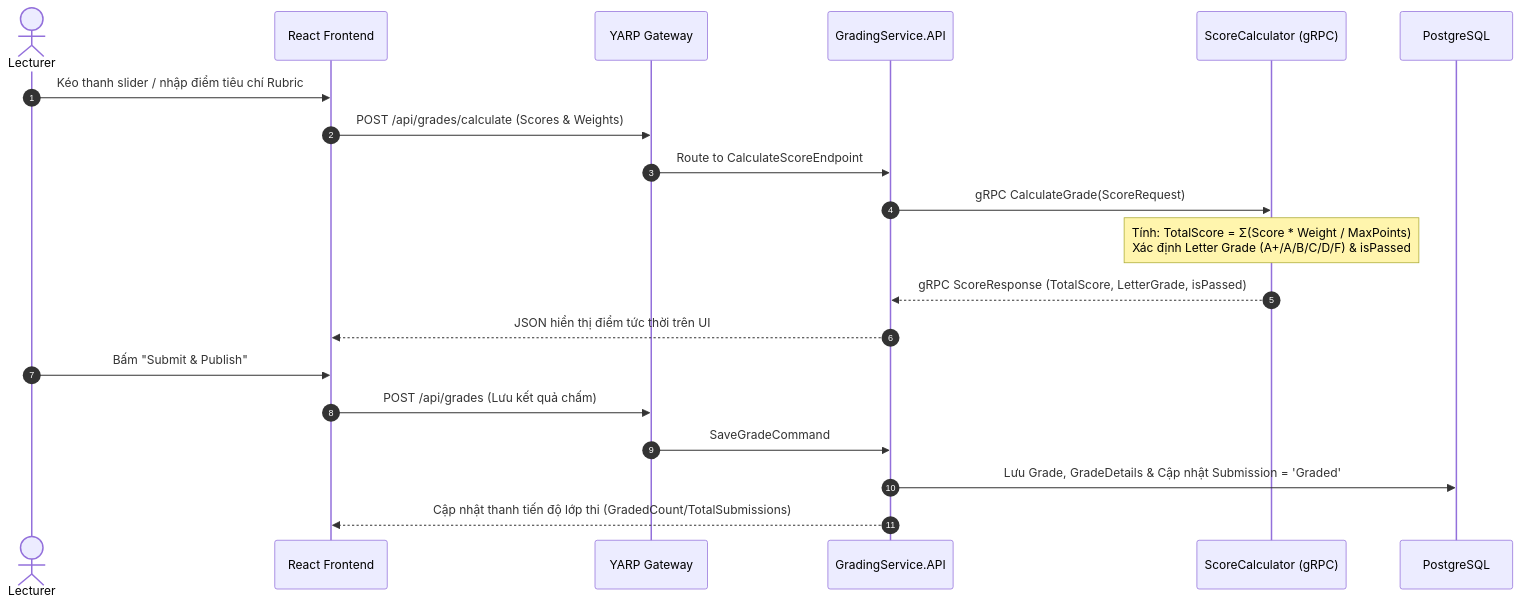
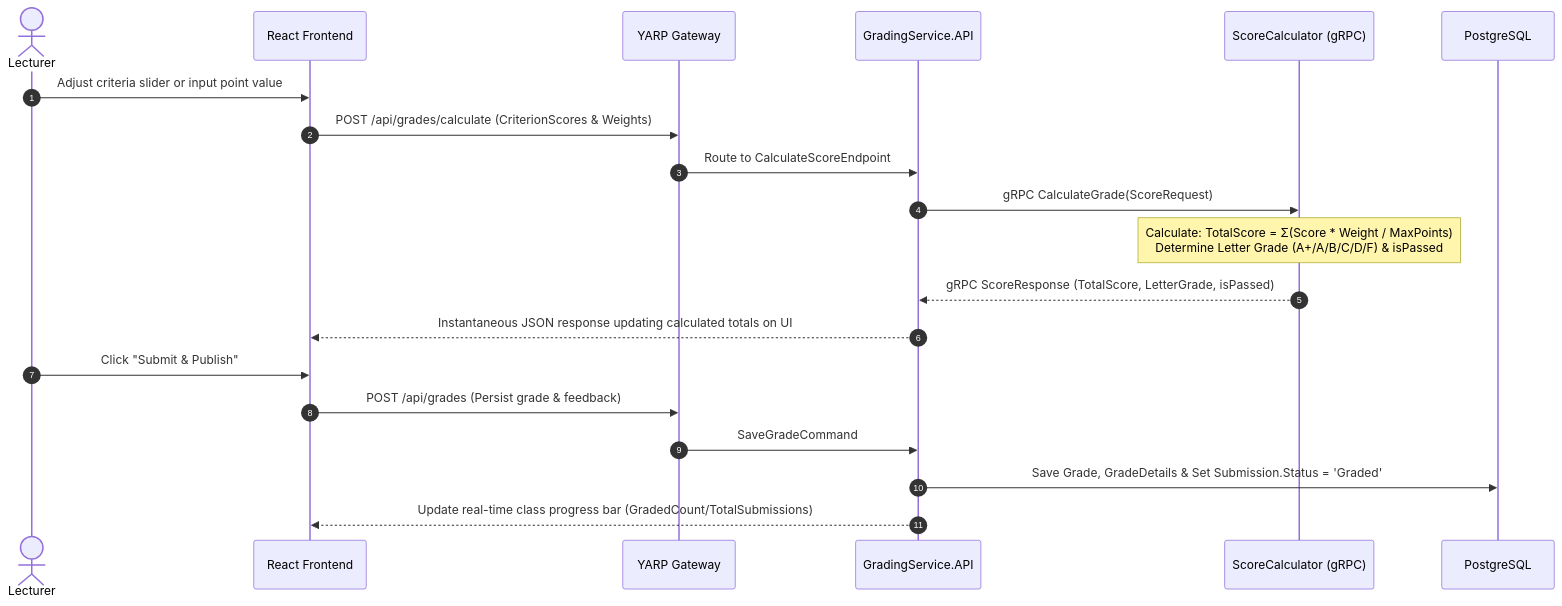
The fourth of 5 diagrams in README.md (NguyenDuyKhoii/GradingSystem), drawn with Mermaid before and after one commit. The commit also changed other lines of this file, not shown here.

Commit message:
docs: translate entire architecture README to English

````diff
--- a/README.md
+++ b/README.md
@@ -203,24 +208,24 @@
 ```mermaid
 sequenceDiagram
     autonumber
     actor L as Lecturer
     participant FE as React Frontend
     participant GW as YARP Gateway
     participant API as GradingService.API
     participant CALC as ScoreCalculator (gRPC)
     participant DB as PostgreSQL
 
-    L->>FE: Kéo thanh slider / nhập điểm tiêu chí Rubric
-    FE->>GW: POST /api/grades/calculate (Scores & Weights)
+    L->>FE: Adjust criteria slider or input point value
+    FE->>GW: POST /api/grades/calculate (CriterionScores & Weights)
     GW->>API: Route to CalculateScoreEndpoint
     API->>CALC: gRPC CalculateGrade(ScoreRequest)
-    Note over CALC: Tính: TotalScore = Σ(Score * Weight / MaxPoints)<br/>Xác định Letter Grade (A+/A/B/C/D/F) & isPassed
+    Note over CALC: Calculate: TotalScore = Σ(Score * Weight / MaxPoints)<br/>Determine Letter Grade (A+/A/B/C/D/F) & isPassed
     CALC-->>API: gRPC ScoreResponse (TotalScore, LetterGrade, isPassed)
-    API-->>FE: JSON hiển thị điểm tức thời trên UI
+    API-->>FE: Instantaneous JSON response updating calculated totals on UI
 
-    L->>FE: Bấm "Submit & Publish"
-    FE->>GW: POST /api/grades (Lưu kết quả chấm)
+    L->>FE: Click "Submit & Publish"
+    FE->>GW: POST /api/grades (Persist grade & feedback)
     GW->>API: SaveGradeCommand
-    API->>DB: Lưu Grade, GradeDetails & Cập nhật Submission = 'Graded'
-    API-->>FE: Cập nhật thanh tiến độ lớp thi (GradedCount/TotalSubmissions)
+    API->>DB: Save Grade, GradeDetails & Set Submission.Status = 'Graded'
+    API-->>FE: Update real-time class progress bar (GradedCount/TotalSubmissions)
 ```
````
